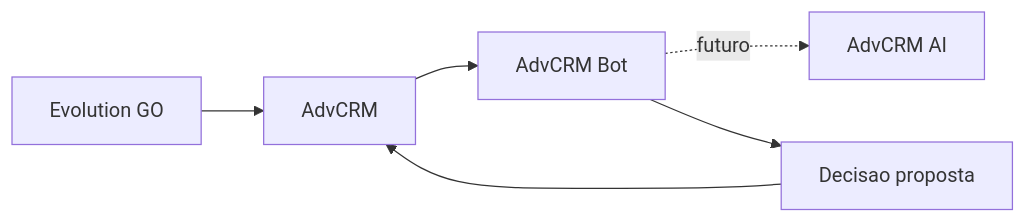
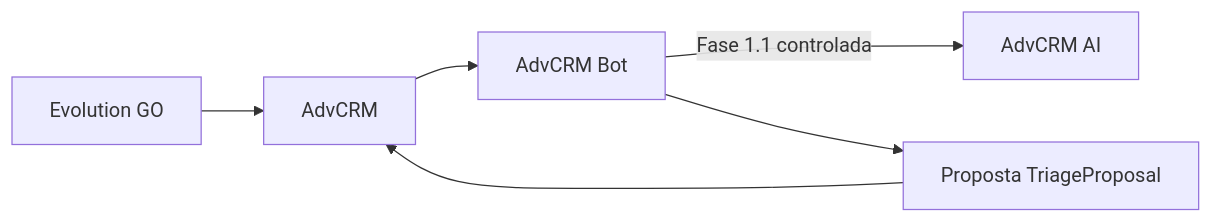
One commit to diegofavero7/advcrm-bot changed the diagram in README.md. Above: the diagram before and after it, drawn with Mermaid. The commit also changed other lines of this file and 121 other files, not shown here.

````diff
--- a/README.md
+++ b/README.md
@@ -11,8 +11,8 @@
 ```mermaid
 flowchart LR
   EvolutionGO[Evolution GO] --> AdvCRM
   AdvCRM --> AdvCRMBot[AdvCRM Bot]
-  AdvCRMBot -.->|"futuro"| AdvCRMAI[AdvCRM AI]
-  AdvCRMBot --> Proposed[Decisao proposta]
+  AdvCRMBot -->|"Fase 1.1 controlada"| AdvCRMAI[AdvCRM AI]
+  AdvCRMBot --> Proposed[Proposta TriageProposal]
   Proposed --> AdvCRM
 ```
````
